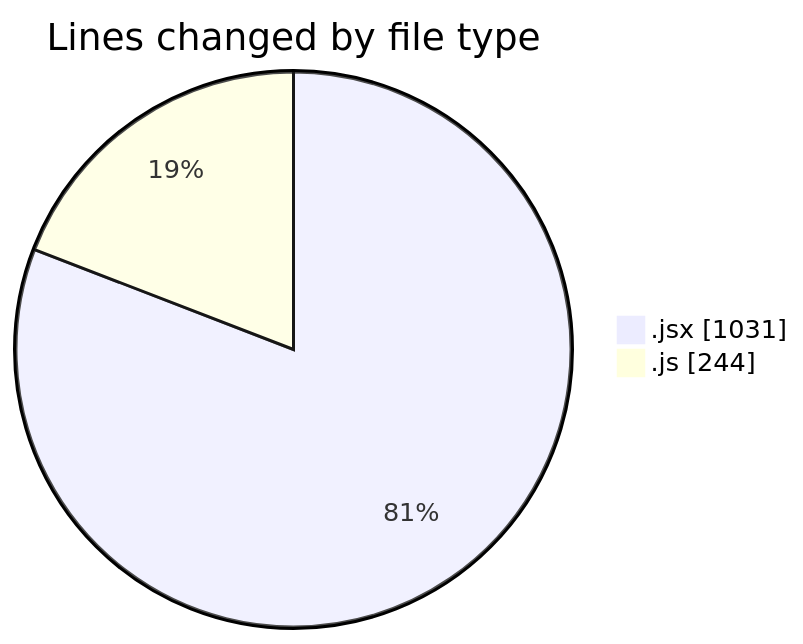
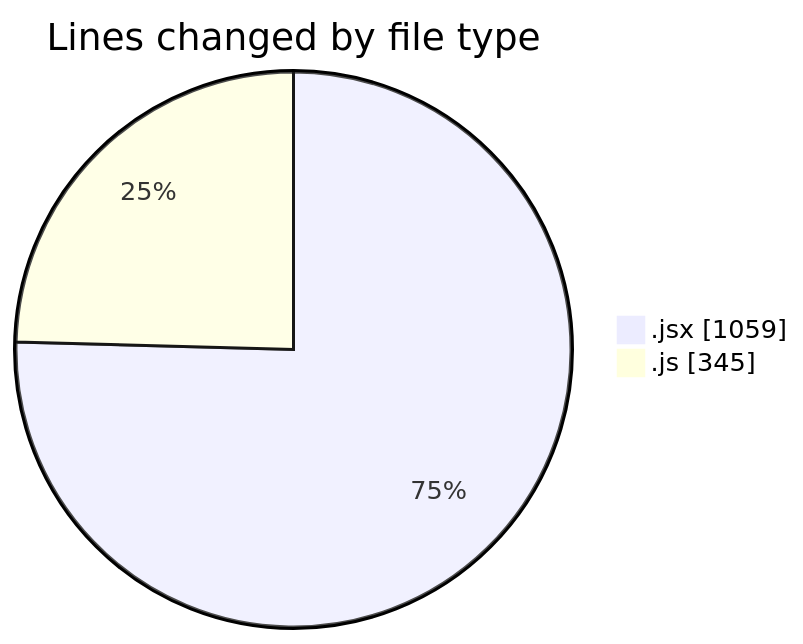
Before and after one commit to nxtqubesakshisongat/code-tracking: the first of 2 diagrams in 2025-12-14/nxtqube_webapp/README.md, drawn with Mermaid. The commit also changed other lines of this file and 1 other file, not shown here.

````diff
--- a/2025-12-14/nxtqube_webapp/README.md
+++ b/2025-12-14/nxtqube_webapp/README.md
@@ -23,6 +24,6 @@
 ```mermaid
 pie showData
 title Lines changed by file type
-".jsx" : 1031
-".js" : 244
+".jsx" : 1059
+".js" : 345
 ```
````
